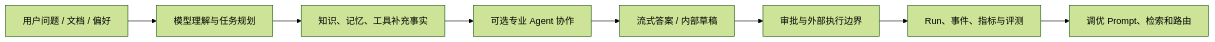
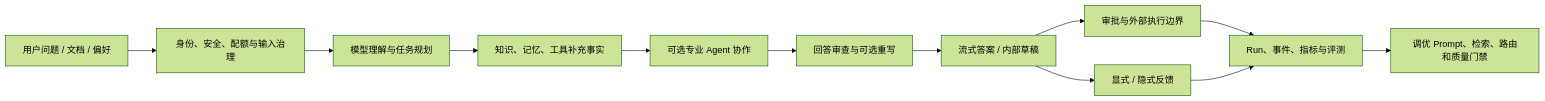
One commit to zora-DD/zora changed the first of 12 diagrams in docs/project-analysis.md. Above: the diagram before and after it, drawn with Mermaid (forest theme). The commit also changed other lines of this file, not shown here.

````diff
--- a/docs/project-analysis.md
+++ b/docs/project-analysis.md
@@ -129,10 +164,14 @@
 ```mermaid
 flowchart LR
-    Input["用户问题 / 文档 / 偏好"] --> Understand["模型理解与任务规划"]
+    Input["用户问题 / 文档 / 偏好"] --> Guard["身份、安全、配额与输入治理"]
+    Guard --> Understand["模型理解与任务规划"]
     Understand --> Ground["知识、记忆、工具补充事实"]
     Ground --> Collaborate["可选专业 Agent 协作"]
-    Collaborate --> Answer["流式答案 / 内部草稿"]
+    Collaborate --> Review["回答审查与可选重写"]
+    Review --> Answer["流式答案 / 内部草稿"]
     Answer --> Control["审批与外部执行边界"]
     Control --> Audit["Run、事件、指标与评测"]
-    Audit --> Improve["调优 Prompt、检索和路由"]
+    Answer --> Feedback["显式 / 隐式反馈"]
+    Feedback --> Audit
+    Audit --> Improve["调优 Prompt、检索、路由和质量门禁"]
 ```
````
